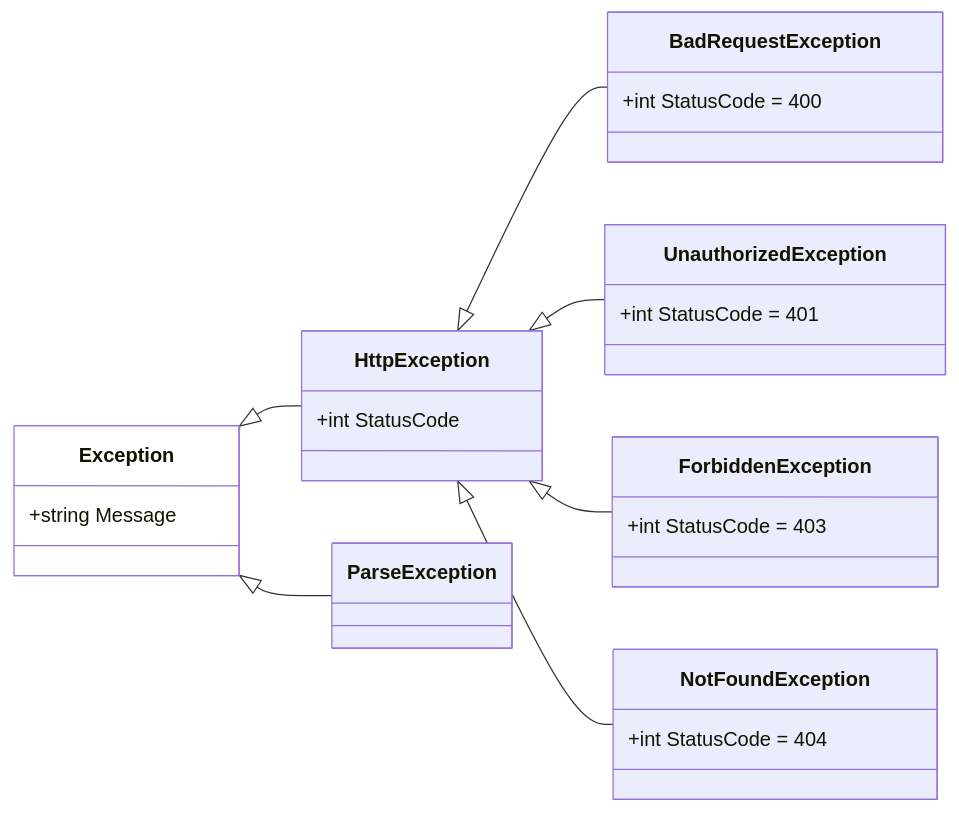
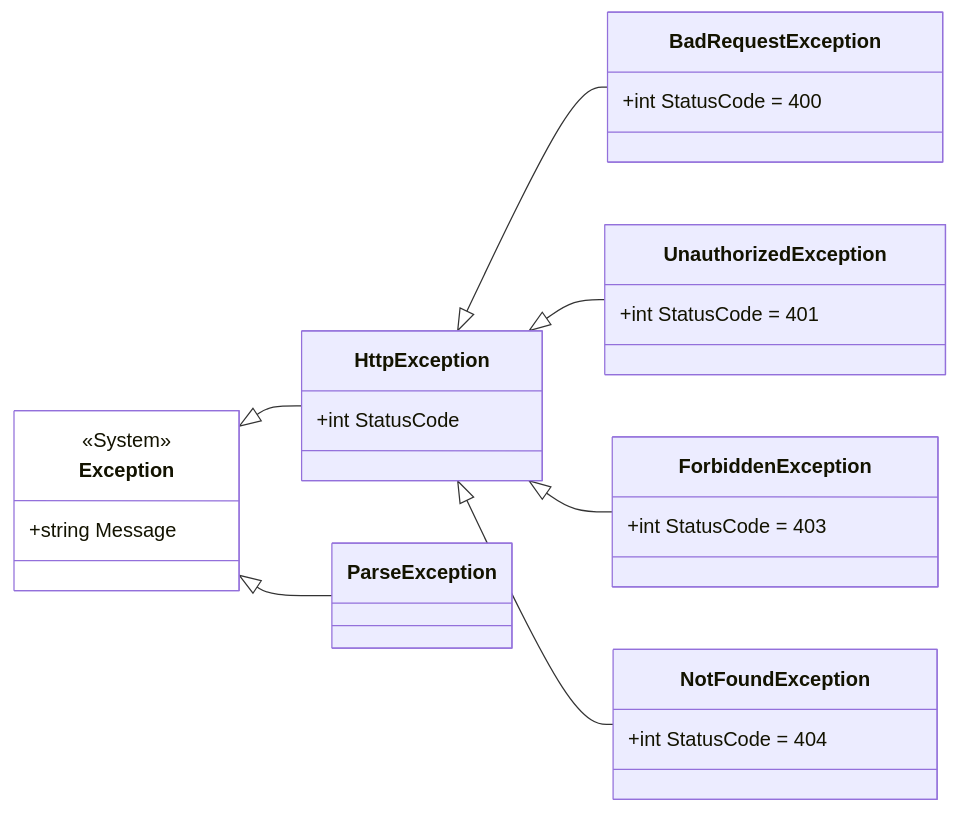
One commit to ghackenberg/csharp-maui-aspnet-sample changed the diagram in Models/Exception/Overview.mmd. Above: the diagram before and after it, drawn with Mermaid. The commit also changed 41 other files, not shown here.

```diff
--- a/Models/Exception/Overview.mmd
+++ b/Models/Exception/Overview.mmd
@@ -1,33 +1,34 @@
 classDiagram
     direction LR
     
     class Exception {
+        <<System>>
         +string Message
     }
     class HttpException {
         +int StatusCode
     }
     class BadRequestException {
         +int StatusCode = 400
     }
     class UnauthorizedException {
         +int StatusCode = 401
     }
     class ForbiddenException {
         +int StatusCode = 403
     }
     class NotFoundException {
         +int StatusCode = 404
     }
     class ParseException {
 
     }
 
     Exception <|-- HttpException
     Exception <|-- ParseException
     HttpException <|-- BadRequestException
     HttpException <|-- UnauthorizedException
     HttpException <|-- ForbiddenException
     HttpException <|-- NotFoundException
     
     style Exception fill:white
```
